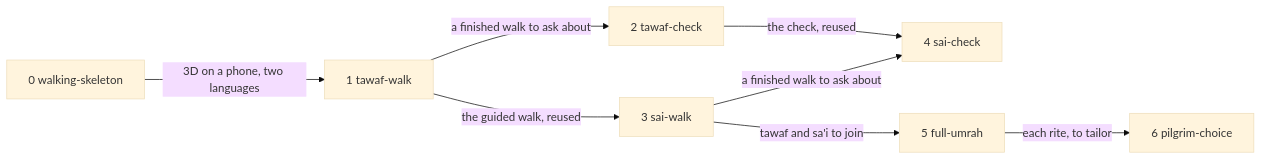
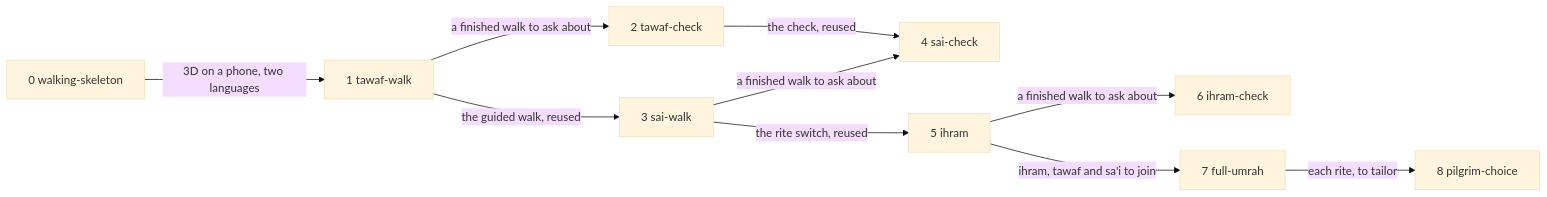
One commit to dzaffren/isfar changed the second of 2 diagrams in docs/specs/virtual-hajj/shape.md. Above: the diagram before and after it, drawn with Mermaid (base theme). The commit also changed other lines of this file and 31 other files, not shown here.

````diff
--- a/docs/specs/virtual-hajj/shape.md
+++ b/docs/specs/virtual-hajj/shape.md
@@ -31,10 +31,12 @@
 ```mermaid
 flowchart LR
     S0[0 walking-skeleton] -->|3D on a phone, two languages| S1[1 tawaf-walk]
     S1 -->|a finished walk to ask about| S2[2 tawaf-check]
     S1 -->|the guided walk, reused| S3[3 sai-walk]
     S2 -->|the check, reused| S4[4 sai-check]
     S3 -->|a finished walk to ask about| S4
-    S3 -->|tawaf and sa'i to join| S5[5 full-umrah]
-    S5 -->|each rite, to tailor| S6[6 pilgrim-choice]
+    S3 -->|the rite switch, reused| S5[5 ihram]
+    S5 -->|a finished walk to ask about| S6[6 ihram-check]
+    S5 -->|ihram, tawaf and sa'i to join| S7[7 full-umrah]
+    S7 -->|each rite, to tailor| S8[8 pilgrim-choice]
 ```
````
